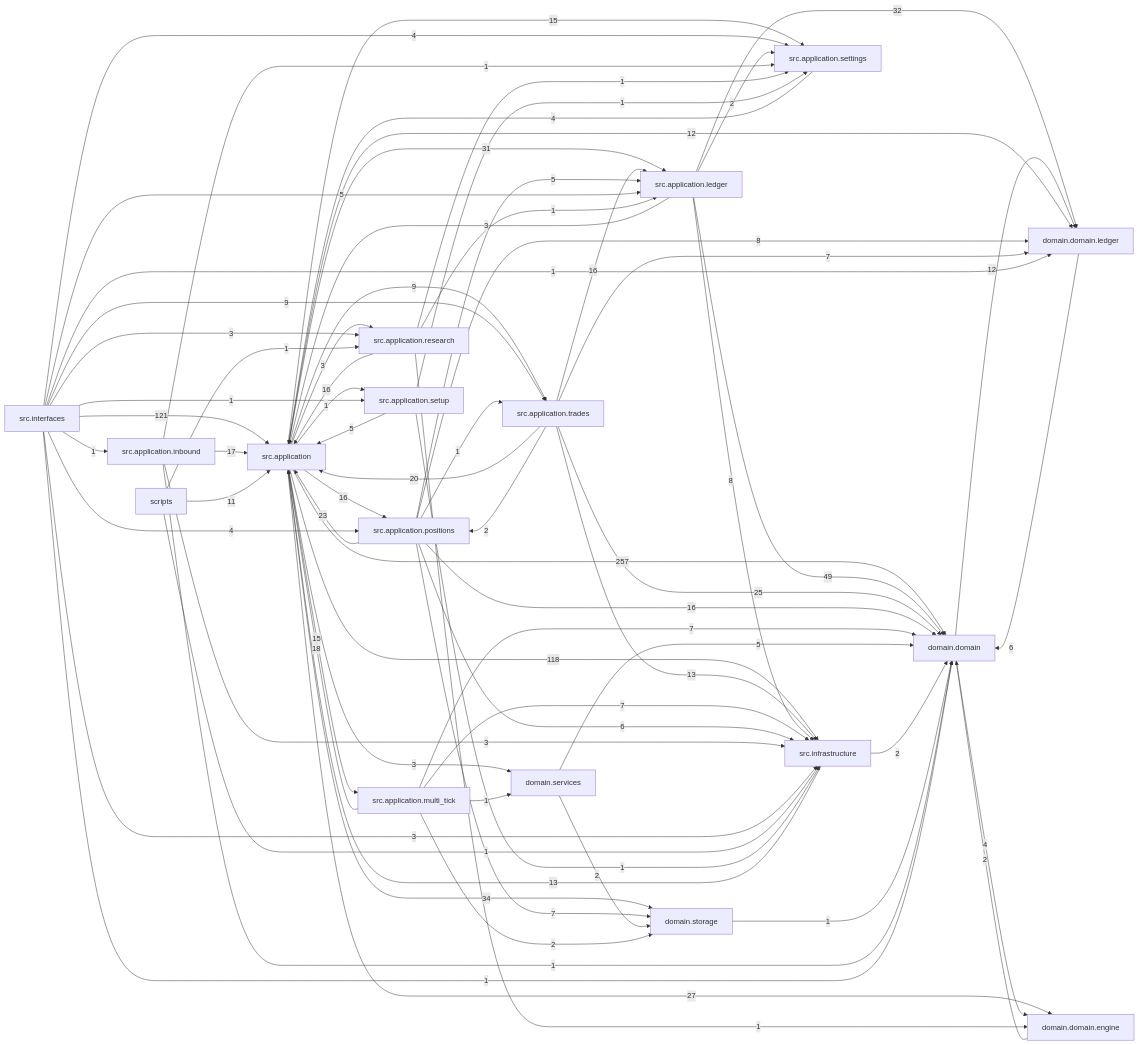
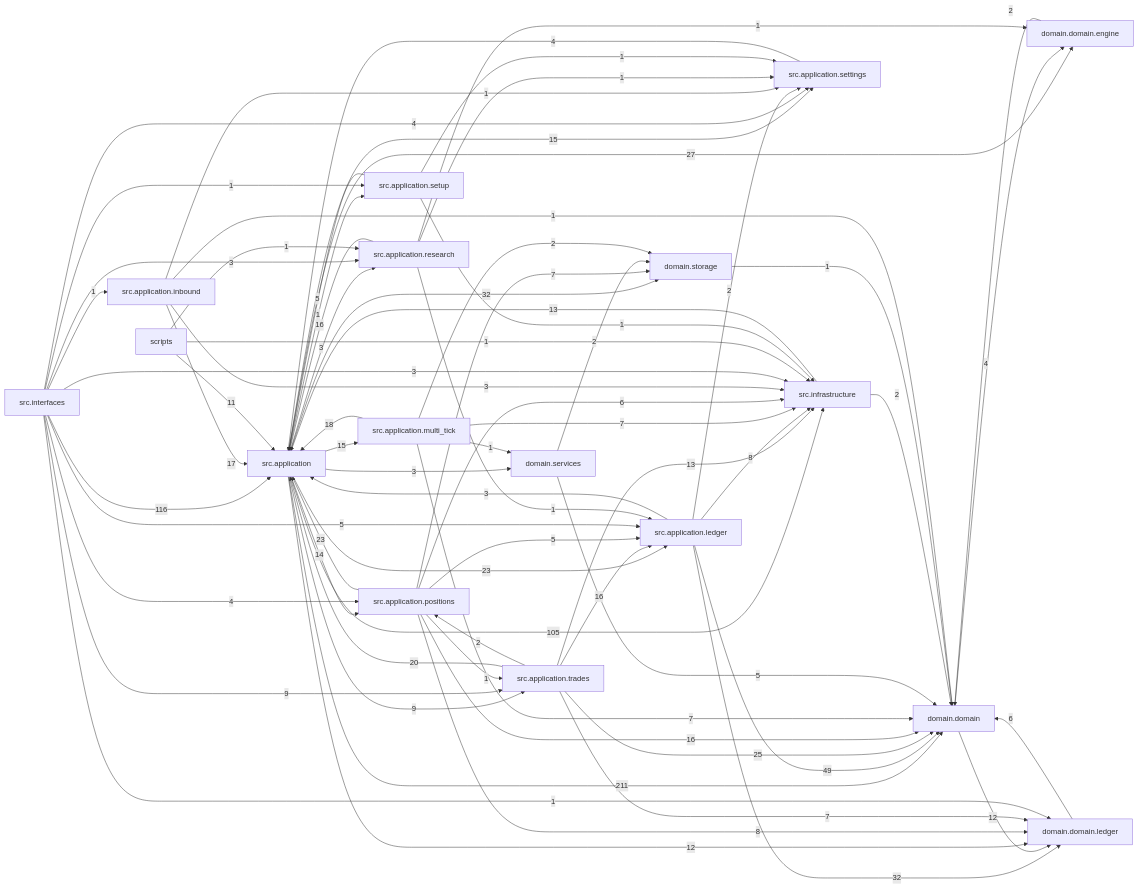
The diagram in docs/dependency_graph.mmd (liuxie066/options-monitor), drawn with Mermaid before and after one commit. The commit also changed 149 other files, not shown here.

```diff
--- a/docs/dependency_graph.mmd
+++ b/docs/dependency_graph.mmd
@@ -1,72 +1,71 @@
 flowchart LR
-  src_application["src.application"] -->|257| domain_domain["domain.domain"]
-  src_interfaces["src.interfaces"] -->|121| src_application["src.application"]
-  src_application["src.application"] -->|118| src_infrastructure["src.infrastructure"]
+  src_application["src.application"] -->|211| domain_domain["domain.domain"]
+  src_interfaces["src.interfaces"] -->|116| src_application["src.application"]
+  src_application["src.application"] -->|105| src_infrastructure["src.infrastructure"]
   src_application_ledger["src.application.ledger"] -->|49| domain_domain["domain.domain"]
-  src_application["src.application"] -->|34| domain_storage["domain.storage"]
+  src_application["src.application"] -->|32| domain_storage["domain.storage"]
   src_application_ledger["src.application.ledger"] -->|32| domain_domain_ledger["domain.domain.ledger"]
-  src_application["src.application"] -->|31| src_application_ledger["src.application.ledger"]
   src_application["src.application"] -->|27| domain_domain_engine["domain.domain.engine"]
   src_application_trades["src.application.trades"] -->|25| domain_domain["domain.domain"]
+  src_application["src.application"] -->|23| src_application_ledger["src.application.ledger"]
   src_application_positions["src.application.positions"] -->|23| src_application["src.application"]
   src_application_trades["src.application.trades"] -->|20| src_application["src.application"]
   src_application_multi_tick["src.application.multi_tick"] -->|18| src_application["src.application"]
   src_application_inbound["src.application.inbound"] -->|17| src_application["src.application"]
-  src_application["src.application"] -->|16| src_application_positions["src.application.positions"]
   src_application_positions["src.application.positions"] -->|16| domain_domain["domain.domain"]
   src_application_research["src.application.research"] -->|16| src_application["src.application"]
   src_application_trades["src.application.trades"] -->|16| src_application_ledger["src.application.ledger"]
   src_application["src.application"] -->|15| src_application_multi_tick["src.application.multi_tick"]
   src_application["src.application"] -->|15| src_application_settings["src.application.settings"]
+  src_application["src.application"] -->|14| src_application_positions["src.application.positions"]
   src_application_trades["src.application.trades"] -->|13| src_infrastructure["src.infrastructure"]
   src_infrastructure["src.infrastructure"] -->|13| src_application["src.application"]
   domain_domain["domain.domain"] -->|12| domain_domain_ledger["domain.domain.ledger"]
   src_application["src.application"] -->|12| domain_domain_ledger["domain.domain.ledger"]
   scripts["scripts"] -->|11| src_application["src.application"]
   src_application["src.application"] -->|9| src_application_trades["src.application.trades"]
   src_interfaces["src.interfaces"] -->|9| src_application_trades["src.application.trades"]
   src_application_ledger["src.application.ledger"] -->|8| src_infrastructure["src.infrastructure"]
   src_application_positions["src.application.positions"] -->|8| domain_domain_ledger["domain.domain.ledger"]
   src_application_multi_tick["src.application.multi_tick"] -->|7| domain_domain["domain.domain"]
   src_application_multi_tick["src.application.multi_tick"] -->|7| src_infrastructure["src.infrastructure"]
   src_application_positions["src.application.positions"] -->|7| domain_storage["domain.storage"]
   src_application_trades["src.application.trades"] -->|7| domain_domain_ledger["domain.domain.ledger"]
   domain_domain_ledger["domain.domain.ledger"] -->|6| domain_domain["domain.domain"]
   src_application_positions["src.application.positions"] -->|6| src_infrastructure["src.infrastructure"]
   domain_services["domain.services"] -->|5| domain_domain["domain.domain"]
   src_application_positions["src.application.positions"] -->|5| src_application_ledger["src.application.ledger"]
   src_application_setup["src.application.setup"] -->|5| src_application["src.application"]
   src_interfaces["src.interfaces"] -->|5| src_application_ledger["src.application.ledger"]
   domain_domain["domain.domain"] -->|4| domain_domain_engine["domain.domain.engine"]
   src_application_settings["src.application.settings"] -->|4| src_application["src.application"]
   src_interfaces["src.interfaces"] -->|4| src_application_positions["src.application.positions"]
   src_interfaces["src.interfaces"] -->|4| src_application_settings["src.application.settings"]
   src_application["src.application"] -->|3| domain_services["domain.services"]
   src_application["src.application"] -->|3| src_application_research["src.application.research"]
   src_application_inbound["src.application.inbound"] -->|3| src_infrastructure["src.infrastructure"]
   src_application_ledger["src.application.ledger"] -->|3| src_application["src.application"]
   src_interfaces["src.interfaces"] -->|3| src_application_research["src.application.research"]
   src_interfaces["src.interfaces"] -->|3| src_infrastructure["src.infrastructure"]
   domain_domain_engine["domain.domain.engine"] -->|2| domain_domain["domain.domain"]
   domain_services["domain.services"] -->|2| domain_storage["domain.storage"]
   src_application_ledger["src.application.ledger"] -->|2| src_application_settings["src.application.settings"]
   src_application_multi_tick["src.application.multi_tick"] -->|2| domain_storage["domain.storage"]
   src_application_trades["src.application.trades"] -->|2| src_application_positions["src.application.positions"]
   src_infrastructure["src.infrastructure"] -->|2| domain_domain["domain.domain"]
   domain_storage["domain.storage"] -->|1| domain_domain["domain.domain"]
   scripts["scripts"] -->|1| src_application_research["src.application.research"]
   scripts["scripts"] -->|1| src_infrastructure["src.infrastructure"]
   src_application["src.application"] -->|1| src_application_setup["src.application.setup"]
   src_application_inbound["src.application.inbound"] -->|1| domain_domain["domain.domain"]
   src_application_inbound["src.application.inbound"] -->|1| src_application_settings["src.application.settings"]
   src_application_multi_tick["src.application.multi_tick"] -->|1| domain_services["domain.services"]
   src_application_positions["src.application.positions"] -->|1| src_application_trades["src.application.trades"]
   src_application_research["src.application.research"] -->|1| domain_domain_engine["domain.domain.engine"]
   src_application_research["src.application.research"] -->|1| src_application_ledger["src.application.ledger"]
   src_application_research["src.application.research"] -->|1| src_application_settings["src.application.settings"]
   src_application_setup["src.application.setup"] -->|1| src_application_settings["src.application.settings"]
   src_application_setup["src.application.setup"] -->|1| src_infrastructure["src.infrastructure"]
-  src_interfaces["src.interfaces"] -->|1| domain_domain["domain.domain"]
   src_interfaces["src.interfaces"] -->|1| domain_domain_ledger["domain.domain.ledger"]
   src_interfaces["src.interfaces"] -->|1| src_application_inbound["src.application.inbound"]
   src_interfaces["src.interfaces"] -->|1| src_application_setup["src.application.setup"]
```
